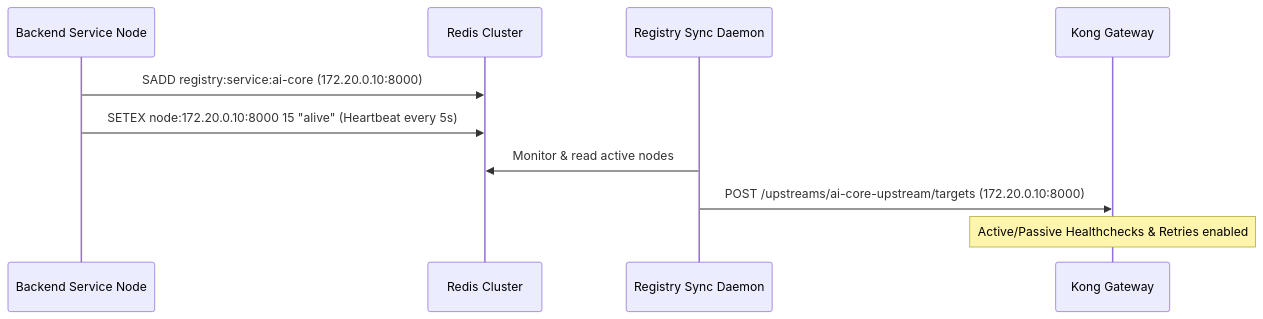
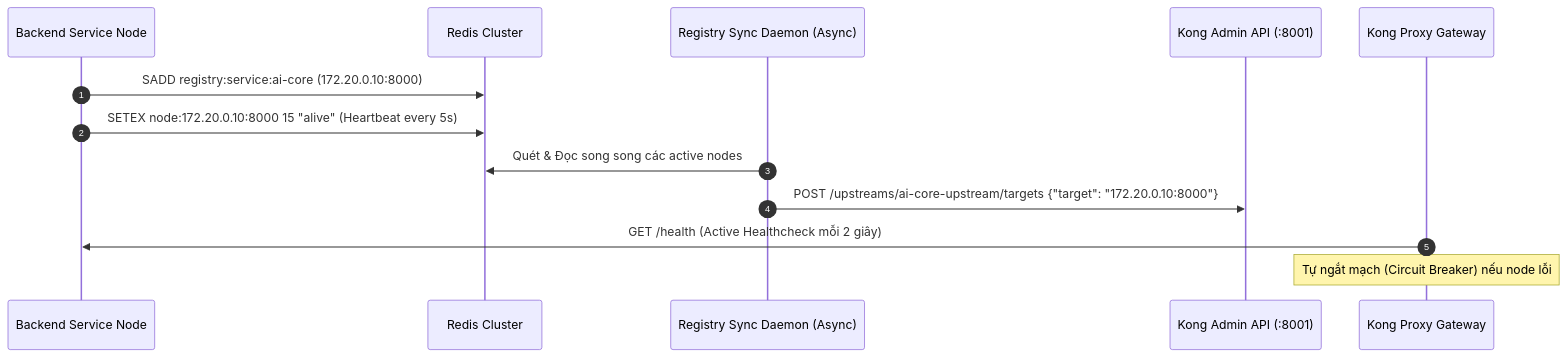
One commit to hugg4u/solavie-platform changed the second of 2 diagrams in specs/design.md. Above: the diagram before and after it, drawn with Mermaid. The commit also changed other lines of this file and 76 other files, not shown here.

Commit message:
docs: initialize comprehensive technical specifications and architecture documentation for all system services discovery

````diff
--- a/specs/design.md
+++ b/specs/design.md
@@ -300,13 +300,16 @@
 ```mermaid
 sequenceDiagram
+    autonumber
     participant Backend as Backend Service Node
     participant Redis as Redis Cluster
-    participant SyncDaemon as Registry Sync Daemon
-    participant Kong as Kong Gateway
+    participant SyncDaemon as Registry Sync Daemon (Async)
+    participant KongAdmin as Kong Admin API (:8001)
+    participant KongProxy as Kong Proxy Gateway
     
     Backend->>Redis: SADD registry:service:ai-core (172.20.0.10:8000)
     Backend->>Redis: SETEX node:172.20.0.10:8000 15 "alive" (Heartbeat every 5s)
-    SyncDaemon->>Redis: Monitor & read active nodes
-    SyncDaemon->>Kong: POST /upstreams/ai-core-upstream/targets (172.20.0.10:8000)
-    Note over Kong: Active/Passive Healthchecks & Retries enabled
+    SyncDaemon->>Redis: Quét & Đọc song song các active nodes
+    SyncDaemon->>KongAdmin: POST /upstreams/ai-core-upstream/targets {"target": "172.20.0.10:8000"}
+    KongProxy->>Backend: GET /health (Active Healthcheck mỗi 2 giây)
+    Note over KongProxy: Tự ngắt mạch (Circuit Breaker) nếu node lỗi
 ```
````
